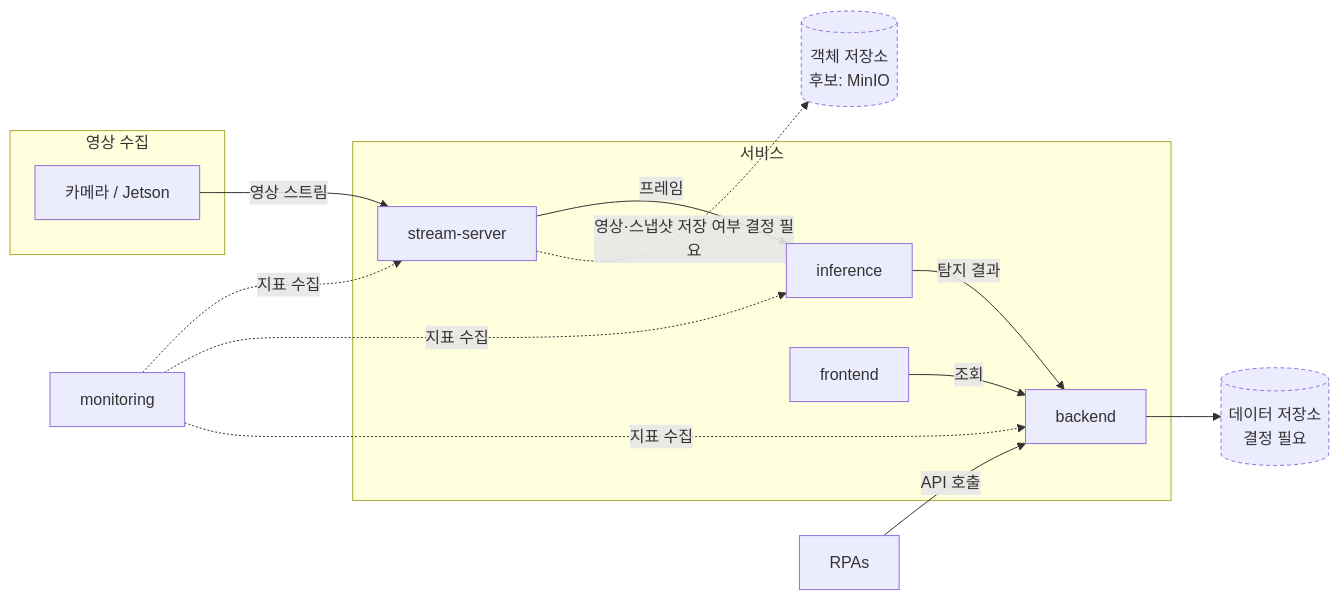
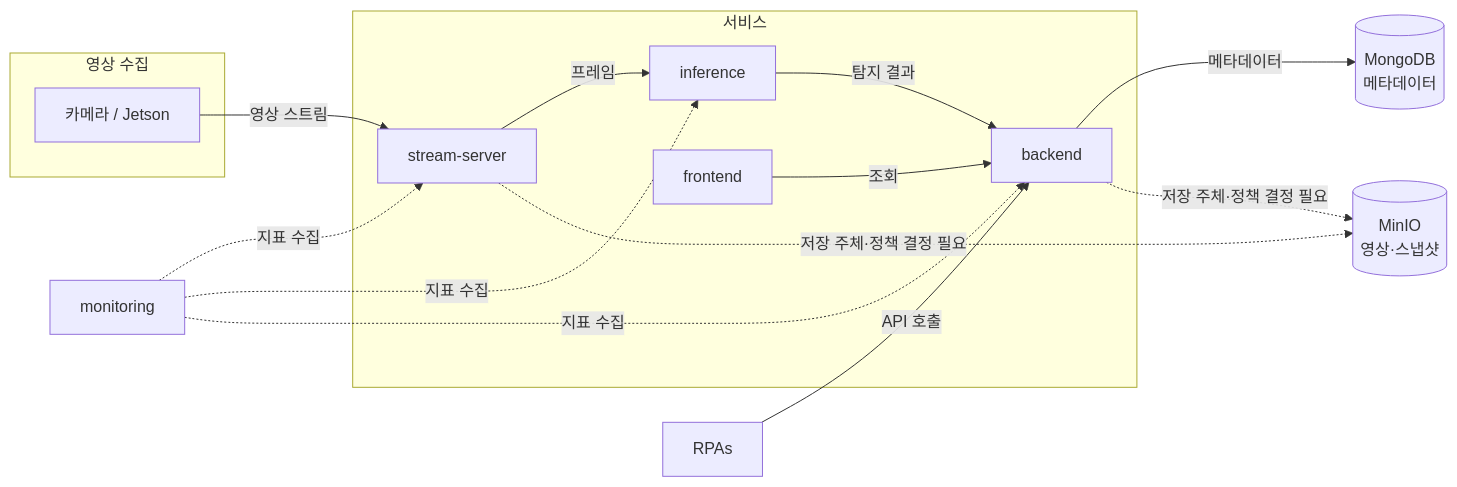
The diagram in docs/architecture/overview.md (where-is-jo/classroom_monitoring), drawn with Mermaid before and after one commit. The commit also changed other lines of this file and 12 other files, not shown here.

````diff
--- a/docs/architecture/overview.md
+++ b/docs/architecture/overview.md
@@ -27,32 +27,30 @@
 ```mermaid
 flowchart LR
     subgraph edge[영상 수집]
         CAM[카메라 / Jetson]
     end
 
     subgraph core[서비스]
         STREAM[stream-server]
         INFER[inference]
         API[backend]
         WEB[frontend]
     end
 
-    STORE[(데이터 저장소<br/>결정 필요)]
-    OBJ[(객체 저장소<br/>후보: MinIO)]
+    STORE[(MongoDB<br/>메타데이터)]
+    OBJ[(MinIO<br/>영상·스냅샷)]
     MON[monitoring]
     RPA[RPAs]
 
     CAM -->|영상 스트림| STREAM
     STREAM -->|프레임| INFER
     INFER -->|탐지 결과| API
-    API --> STORE
-    STREAM -.->|영상·스냅샷 저장 여부 결정 필요| OBJ
+    API -->|메타데이터| STORE
+    API -.->|저장 주체·정책 결정 필요| OBJ
+    STREAM -.->|저장 주체·정책 결정 필요| OBJ
     WEB -->|조회| API
     RPA -->|API 호출| API
     MON -.->|지표 수집| STREAM
     MON -.->|지표 수집| INFER
     MON -.->|지표 수집| API
-
-    classDef undecided stroke-dasharray: 4 3
-    class STORE,OBJ undecided
 ```
````
